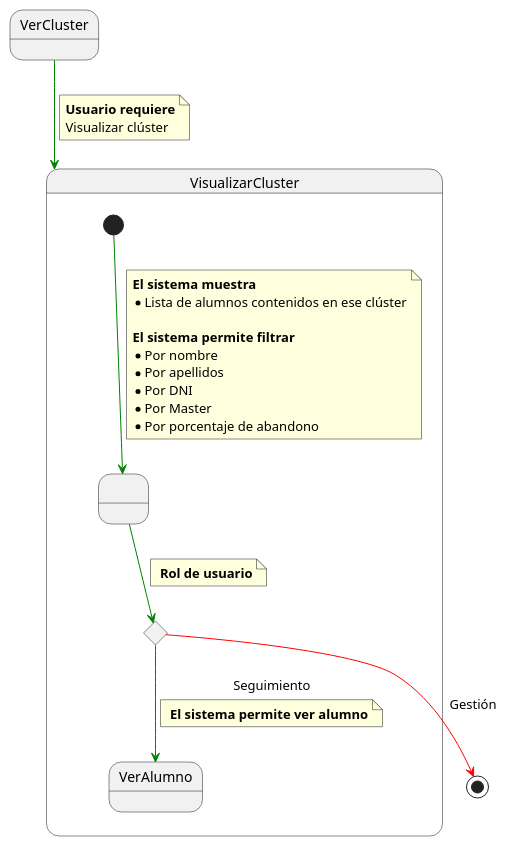
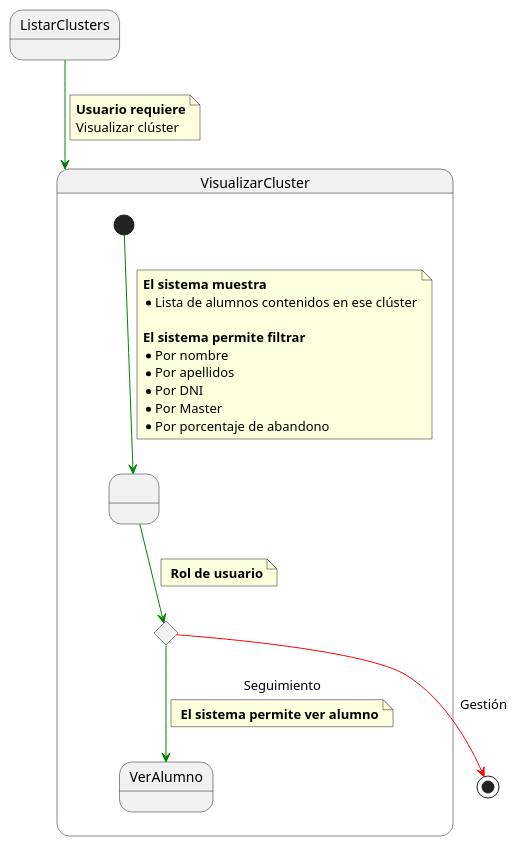
One commit to mmasias/IdSw1-22-23 changed the diagram in 000-entregas/Grupo1/DetalleCasosDeUso/VerCluster.puml. Above: the diagram before and after it, drawn with PlantUML.

```diff
--- a/000-entregas/Grupo1/DetalleCasosDeUso/VerCluster.puml
+++ b/000-entregas/Grupo1/DetalleCasosDeUso/VerCluster.puml
@@ -1,48 +1,48 @@
 @startuml VerCluster
 
-State VerCluster 
+State ListarClusters 
 
 State VisualizarCluster{ 
 
   State state1 as " "
 
   state c <<choice>>
 
   [*] -[#green]-> state1
 
   note on link 
     <b>El sistema muestra
     * Lista de alumnos contenidos en ese clúster
 
     <b>El sistema permite filtrar
     * Por nombre 
     * Por apellidos
     * Por DNI
     * Por Master
     * Por porcentaje de abandono
   end note
  
   state1 -[#green]-> c 
 
   note on link 
     <b> Rol de usuario
   end note
 
   c -[#green]-> VerAlumno : Seguimiento
 
   note on link 
     <b> El sistema permite ver alumno
   end note
 } 
 
-VerCluster -[#green]-> VisualizarCluster
+ListarClusters -[#green]-> VisualizarCluster
 
 note on link
  <b>Usuario requiere
  Visualizar clúster
 end note
 
 c -[#red]-> [*] : Gestión
 
 
 @enduml
```
